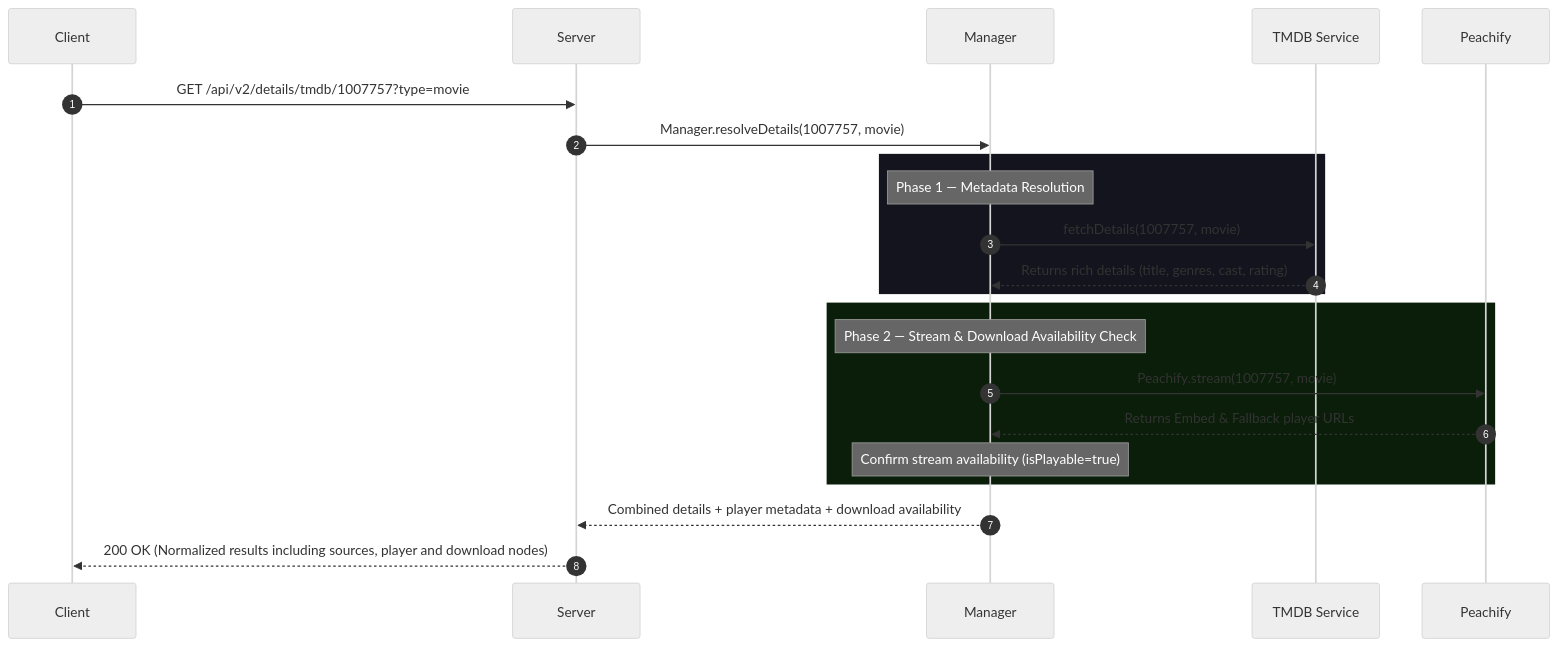
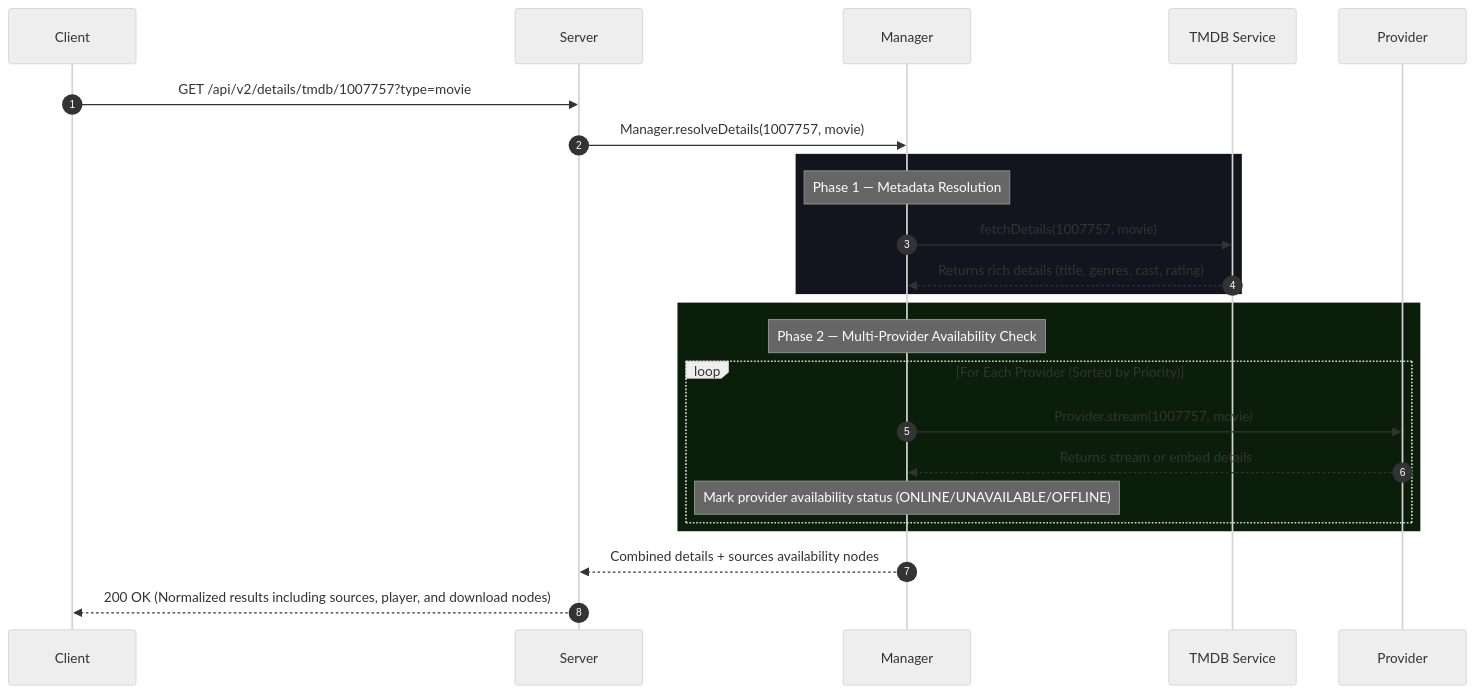
Before and after one commit to Kalaitechtubee/MovieZon-api: the third of 5 diagrams in api_flow_documentation.md, drawn with Mermaid (neutral theme). The commit also changed other lines of this file and 25 other files, not shown here.

````diff
--- a/api_flow_documentation.md
+++ b/api_flow_documentation.md
@@ -103,22 +113,24 @@
 ```mermaid
 sequenceDiagram
     autonumber
     Client->>Server: GET /api/v2/details/tmdb/1007757?type=movie
     Server->>Manager: Manager.resolveDetails(1007757, movie)
     
     rect rgb(20, 20, 30)
         Note over Manager: Phase 1 — Metadata Resolution
         Manager->>TMDB Service: fetchDetails(1007757, movie)
         TMDB Service-->>Manager: Returns rich details (title, genres, cast, rating)
     end
     
     rect rgb(10, 30, 10)
-        Note over Manager: Phase 2 — Stream & Download Availability Check
-        Manager->>Peachify: Peachify.stream(1007757, movie)
-        Peachify-->>Manager: Returns Embed & Fallback player URLs
-        Note over Manager: Confirm stream availability (isPlayable=true)
+        Note over Manager: Phase 2 — Multi-Provider Availability Check
+        loop For Each Provider (Sorted by Priority)
+            Manager->>Provider: Provider.stream(1007757, movie)
+            Provider-->>Manager: Returns stream or embed details
+            Note over Manager: Mark provider availability status (ONLINE/UNAVAILABLE/OFFLINE)
+        end
     end
     
-    Manager-->>Server: Combined details + player metadata + download availability
-    Server-->>Client: 200 OK (Normalized results including sources, player and download nodes)
+    Manager-->>Server: Combined details + sources availability nodes
+    Server-->>Client: 200 OK (Normalized results including sources, player, and download nodes)
 ```
````
